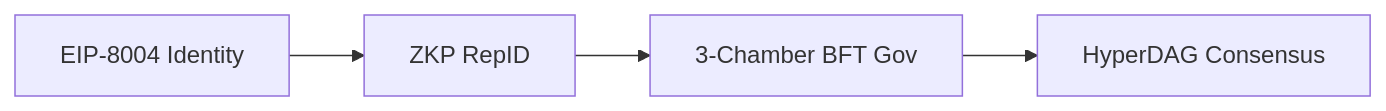
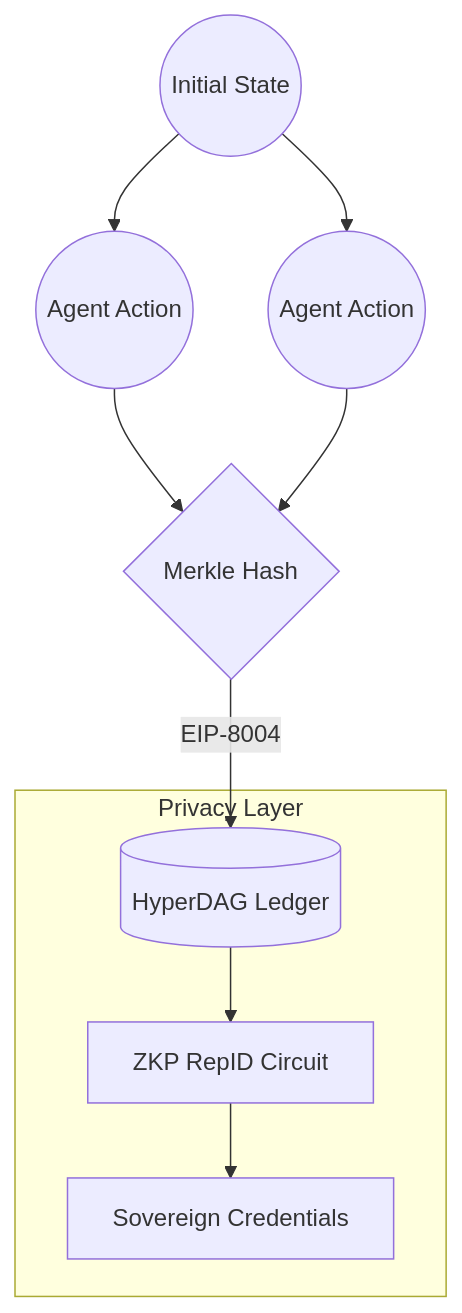
Before and after one commit to DealAppSeo/hyperdag-protocol: the diagram in README.md, drawn with Mermaid. The commit also changed other lines of this file, not shown here.

Commit message:
docs: upgrade repository vision and technical architecture overview. Integrated 3-Ply BFT diagrams and cross-links.

````diff
--- a/README.md
+++ b/README.md
@@ -15,6 +19,12 @@
 ```mermaid
-graph LR
-    ID[EIP-8004 Identity] --> REP[ZKP RepID]
-    REP --> GOV[3-Chamber BFT Gov]
-    GOV --> TRUTH[HyperDAG Consensus]
+graph TD
+    Node1((Initial State)) --> Node2((Agent Action))
+    Node1 --> Node3((Agent Action))
+    Node2 & Node3 --> Node4{Merkle Hash}
+    Node4 -->|EIP-8004| Chain[(HyperDAG Ledger)]
+    
+    subgraph "Privacy Layer"
+    Chain --> ZKP[ZKP RepID Circuit]
+    ZKP --> Creds[Sovereign Credentials]
+    end
 ```
````
